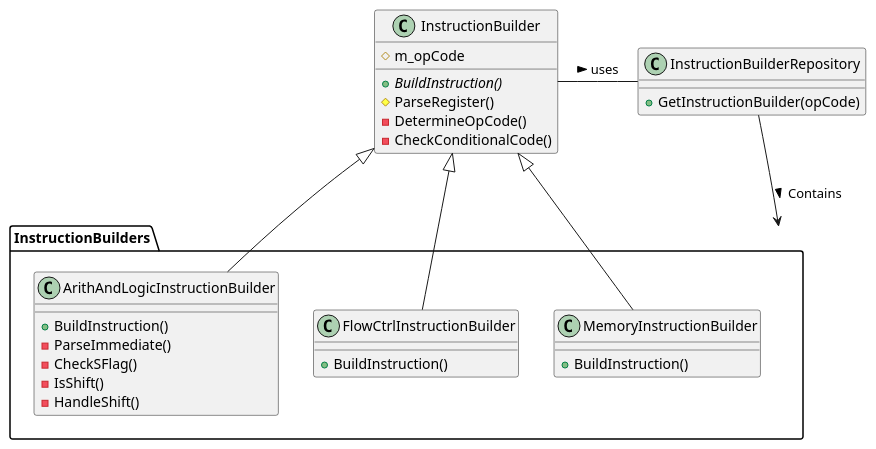
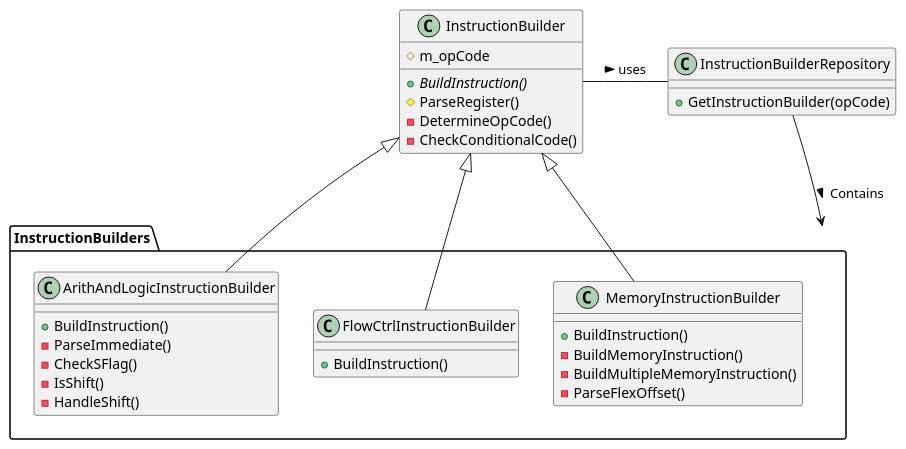
The second of 3 diagrams in docs/Instruction_Execution.md (KaravolisL/ARM-ISA-Simulator), drawn with PlantUML before and after one commit. The commit also changed 20 other files, not shown here.

````diff
--- a/docs/Instruction_Execution.md
+++ b/docs/Instruction_Execution.md
@@ -37,49 +37,52 @@
 ```plantuml
 @startuml
 
 class InstructionBuilder
 {
     {abstract} + BuildInstruction()
     # ParseRegister()
     - DetermineOpCode()
     - CheckConditionalCode()
     # m_opCode
 }
 
 class InstructionBuilderRepository
 {
     + GetInstructionBuilder(opCode)
 }
 
 package InstructionBuilders
 {
 
 class ArithAndLogicInstructionBuilder
 {
     + BuildInstruction()
     - ParseImmediate()
     - CheckSFlag()
     - IsShift()
     - HandleShift()
 }
 
 class FlowCtrlInstructionBuilder
 {
     + BuildInstruction()
 }
 
 class MemoryInstructionBuilder
 {
     + BuildInstruction()
+    - BuildMemoryInstruction()
+    - BuildMultipleMemoryInstruction()
+    - ParseFlexOffset()
 }
 }
 
 InstructionBuilder <|-- ArithAndLogicInstructionBuilder
 InstructionBuilder <|-- FlowCtrlInstructionBuilder
 InstructionBuilder <|-- MemoryInstructionBuilder
 InstructionBuilder - InstructionBuilderRepository : > uses
 InstructionBuilderRepository --> InstructionBuilders : > Contains
 
 
 @enduml
 ```
````
